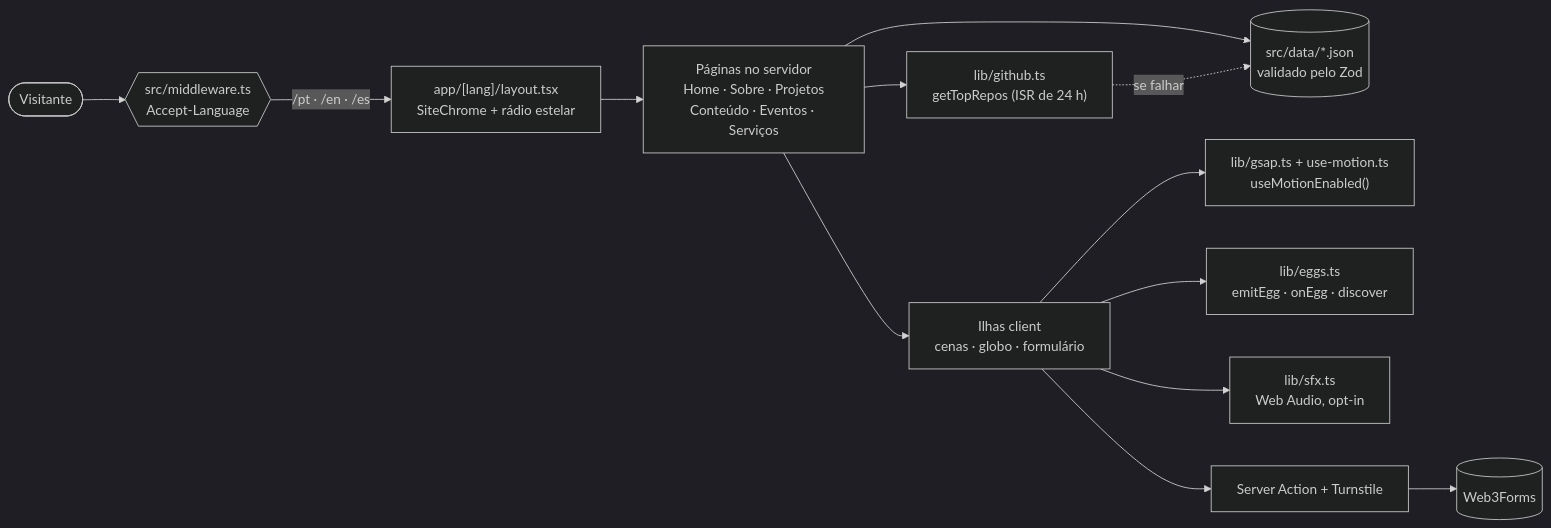
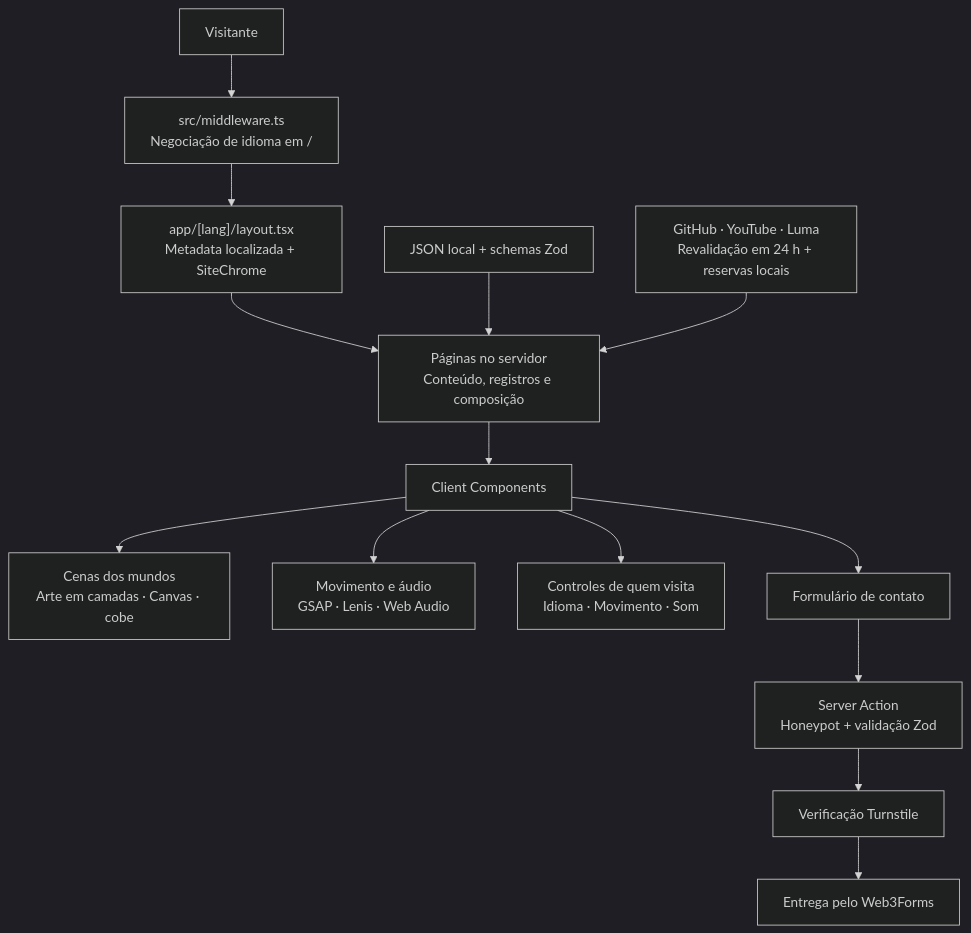
Before and after one commit to glaucia86/glaucialemos.dev: the diagram in README.pt-BR.md, drawn with Mermaid (dark theme). The commit also changed other lines of this file and 7 other files, not shown here.

````diff
--- a/README.pt-BR.md
+++ b/README.pt-BR.md
@@ -154,15 +113,16 @@
 ```mermaid
-flowchart LR
-    V([Visitante]) --> M{{src/middleware.ts<br/>Accept-Language}}
-    M -->|/pt · /en · /es| L["app/[lang]/layout.tsx<br/>SiteChrome + rádio estelar"]
-    L --> P["Páginas no servidor<br/>Home · Sobre · Projetos<br/>Conteúdo · Eventos · Serviços"]
-    P --> D[("src/data/*.json<br/>validado pelo Zod")]
-    P --> G["lib/github.ts<br/>getTopRepos (ISR de 24 h)"]
-    G -.se falhar.-> D
-    P --> C["Ilhas client<br/>cenas · globo · formulário"]
-    C --> MO["lib/gsap.ts + use-motion.ts<br/>useMotionEnabled()"]
-    C --> E["lib/eggs.ts<br/>emitEgg · onEgg · discover"]
-    C --> S["lib/sfx.ts<br/>Web Audio, opt-in"]
-    C --> A[Server Action + Turnstile]
-    A --> F[(Web3Forms)]
+flowchart TD
+    V["Visitante"] --> M["src/middleware.ts<br/>Negociação de idioma em /"]
+    M --> L["app/[lang]/layout.tsx<br/>Metadata localizada + SiteChrome"]
+    L --> P["Páginas no servidor<br/>Conteúdo, registros e composição"]
+    D["JSON local + schemas Zod"] --> P
+    R["GitHub · YouTube · Luma<br/>Revalidação em 24 h + reservas locais"] --> P
+    P --> C["Client Components"]
+    C --> W["Cenas dos mundos<br/>Arte em camadas · Canvas · cobe"]
+    C --> A["Movimento e áudio<br/>GSAP · Lenis · Web Audio"]
+    C --> U["Controles de quem visita<br/>Idioma · Movimento · Som"]
+    C --> F["Formulário de contato"]
+    F --> S["Server Action<br/>Honeypot + validação Zod"]
+    S --> T["Verificação Turnstile"]
+    T --> E["Entrega pelo Web3Forms"]
 ```
````
